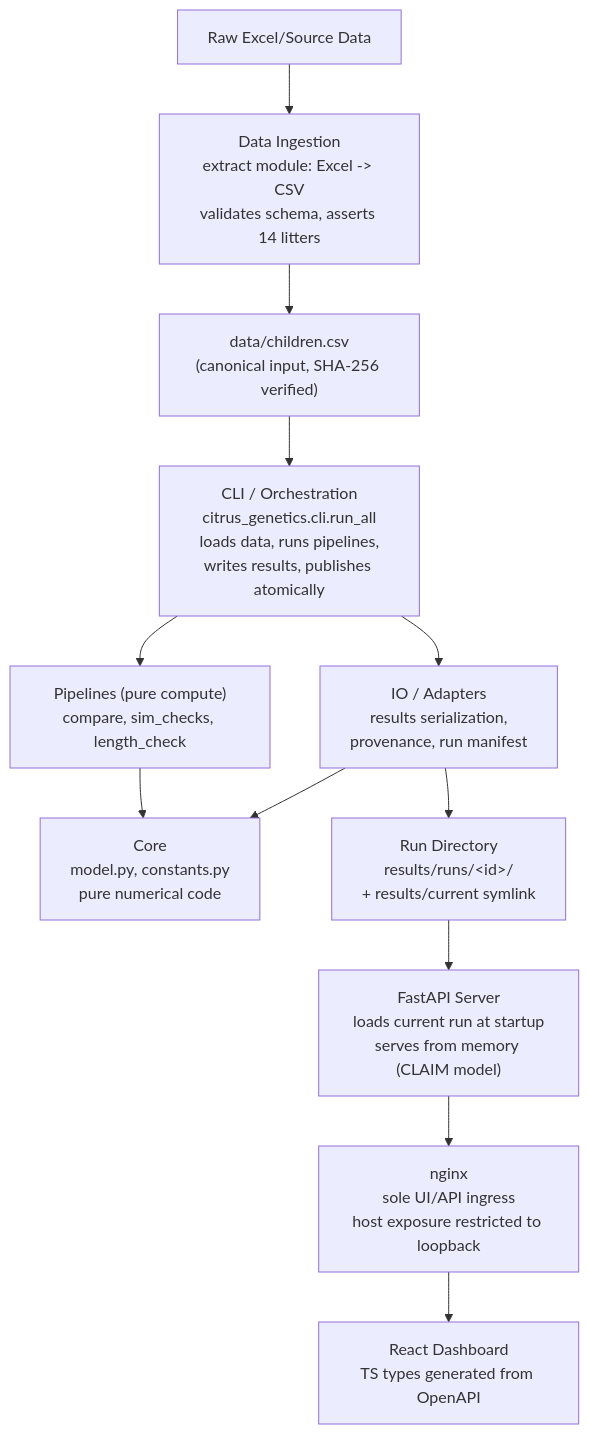
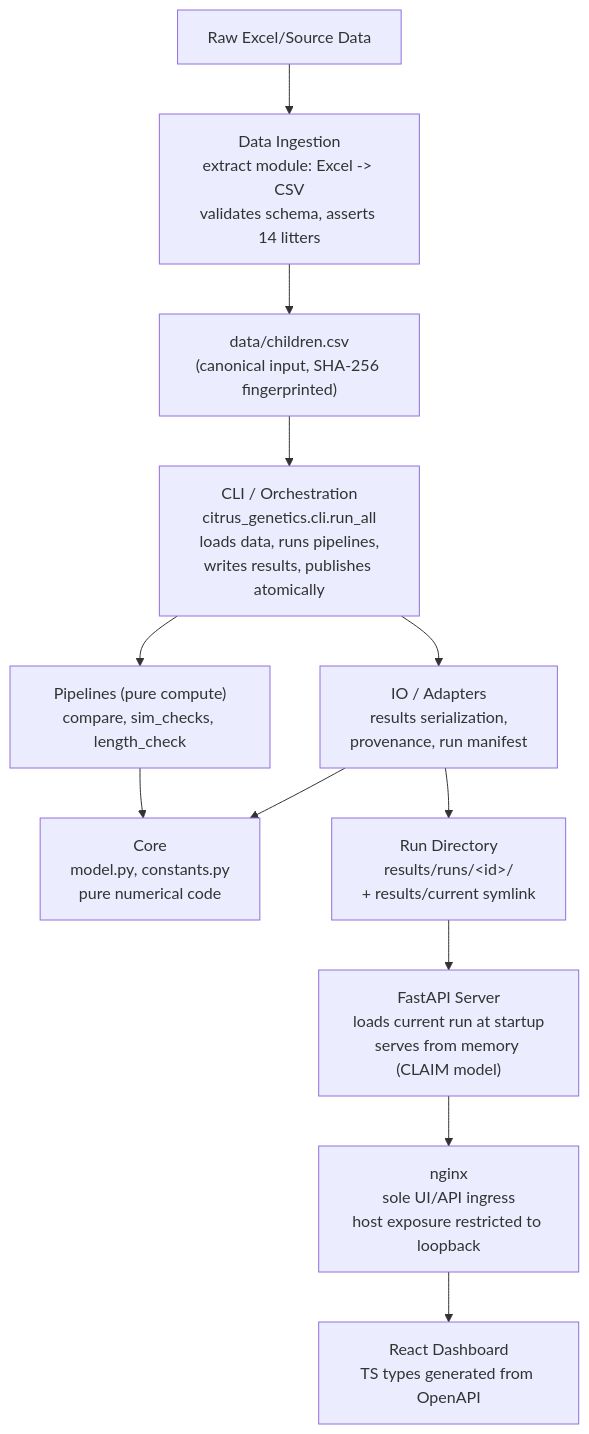
Before and after one commit to shikarii/atitd-citrus-genetics: the first of 2 diagrams in docs/systems_engineering.md, drawn with Mermaid. The commit also changed other lines of this file, not shown here.

````diff
--- a/docs/systems_engineering.md
+++ b/docs/systems_engineering.md
@@ -123,14 +124,14 @@
 ```mermaid
 flowchart TD
     RAW["Raw Excel/Source Data"] --> B["Data Ingestion<br/>extract module: Excel -> CSV<br/>validates schema, asserts 14 litters"]
-    B --> A["data/children.csv<br/>(canonical input, SHA-256 verified)"]
+    B --> A["data/children.csv<br/>(canonical input, SHA-256 fingerprinted)"]
     A --> C["CLI / Orchestration<br/>citrus_genetics.cli.run_all<br/>loads data, runs pipelines,<br/>writes results, publishes atomically"]
     C --> D["Pipelines (pure compute)<br/>compare, sim_checks, length_check"]
     C --> E["IO / Adapters<br/>results serialization,<br/>provenance, run manifest"]
     D --> F["Core<br/>model.py, constants.py<br/>pure numerical code"]
     E --> F
     E --> G["Run Directory<br/>results/runs/&lt;id&gt;/<br/>+ results/current symlink"]
     G --> H["FastAPI Server<br/>loads current run at startup<br/>serves from memory (CLAIM model)"]
     H --> I["nginx<br/>sole UI/API ingress<br/>host exposure restricted to loopback"]
     I --> J["React Dashboard<br/>TS types generated from OpenAPI"]
 ```
````
